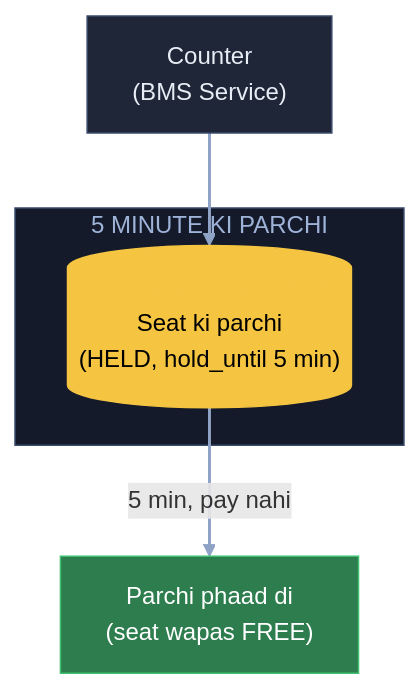
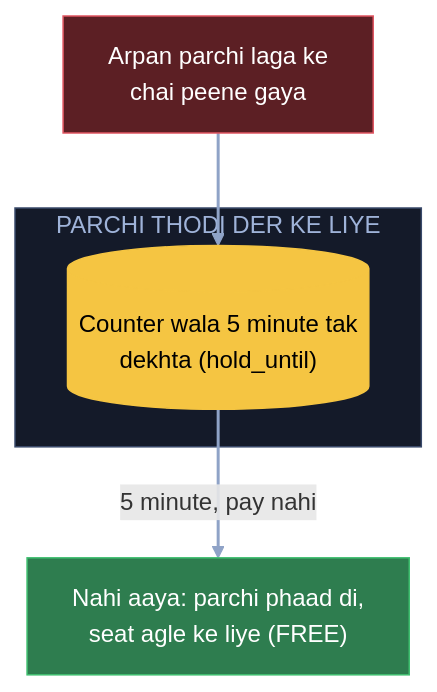
Before and after one commit to ArpanMaheshwari144/Prep: the second of 6 diagrams in 04_HLD/SYSTEM_DESIGNS/09_bookmyshow/09_bookmyshow.md, drawn with Mermaid. The commit also changed other lines of this file, not shown here.

Commit message:
BMS: 6 diagram hand notes ke shabdon se (do counter, ghadi 2 = seat, 'na' raasta hataya); K5 apni jodi lines hatai

````diff
--- a/04_HLD/SYSTEM_DESIGNS/09_bookmyshow/09_bookmyshow.md
+++ b/04_HLD/SYSTEM_DESIGNS/09_bookmyshow/09_bookmyshow.md
@@ -67,16 +71,16 @@
 ```mermaid
 flowchart TB
-    S["Counter<br/>(BMS Service)"]:::card
-    subgraph PM["5 MINUTE KI PARCHI"]
-        D[("Seat ki parchi<br/>(HELD, hold_until 5 min)")]:::pill
+    A["Arpan parchi laga ke<br/>chai peene gaya"]:::bad
+    subgraph PM["PARCHI THODI DER KE LIYE"]
+        D[("Counter wala 5 minute tak<br/>dekhta (hold_until)")]:::pill
     end
-    F["Parchi phaad di<br/>(seat wapas FREE)"]:::good
-    S --> D
-    D -- "5 min, pay nahi" --> F
+    F["Nahi aaya: parchi phaad di,<br/>seat agle ke liye (FREE)"]:::good
+    A --> D
+    D -- "5 minute, pay nahi" --> F
     linkStyle default stroke:#8fa3c7,stroke-width:2px
     classDef card fill:#1e2638,stroke:#3a4a6b,color:#e8ecf5
     classDef pill fill:#f5c542,stroke:#f5c542,color:#000
     classDef good fill:#2e7d4f,stroke:#3fbf6f,color:#fff
     classDef bad fill:#5c1f24,stroke:#e05561,color:#fff
     style PM fill:#141a29,stroke:#3a4a6b,color:#9fb3d9
 ```
````
